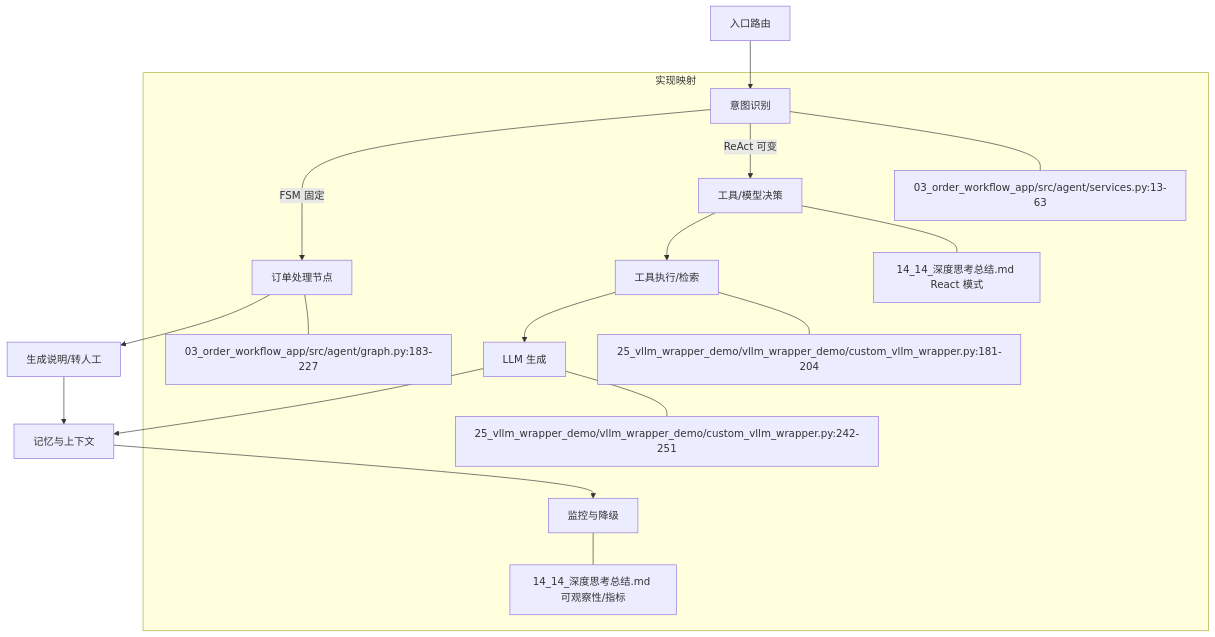
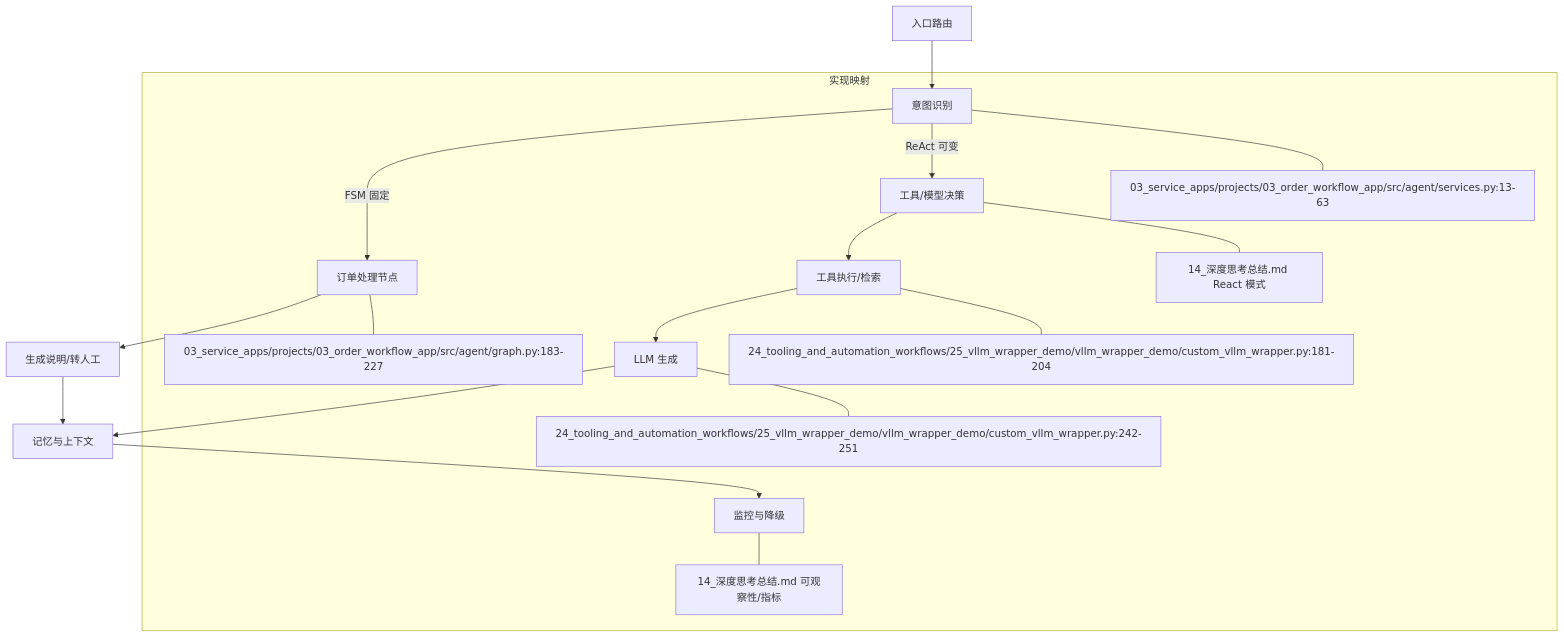
One commit to stormJun/ai-training changed the first of 3 diagrams in 06_langgraph_basics/02_workflows/tutorials/01_workflow_foundations/14_深度思考总结.md. Above: the diagram before and after it, drawn with Mermaid. The commit also changed other lines of this file and 337 other files, not shown here.

````diff
--- a/06_langgraph_basics/02_workflows/tutorials/01_workflow_foundations/14_深度思考总结.md
+++ b/06_langgraph_basics/02_workflows/tutorials/01_workflow_foundations/14_深度思考总结.md
@@ -207,27 +218,27 @@
 ```mermaid
 graph TD
   A[入口路由] --> B[意图识别]
   B -->|FSM 固定| C[订单处理节点]
   B -->|ReAct 可变| D[工具/模型决策]
   C --> E[生成说明/转人工]
   D --> F[工具执行/检索]
   F --> G[LLM 生成]
   E --> H[记忆与上下文]
   G --> H
   H --> I[监控与降级]
 
   subgraph 实现映射
-    B1["03_order_workflow_app/src/agent/services.py:13-63"]
-    C1["03_order_workflow_app/src/agent/graph.py:183-227"]
-    D1["14_14_深度思考总结.md React 模式"]
-    F1["25_vllm_wrapper_demo/vllm_wrapper_demo/custom_vllm_wrapper.py:181-204"]
-    G1["25_vllm_wrapper_demo/vllm_wrapper_demo/custom_vllm_wrapper.py:242-251"]
-    I1["14_14_深度思考总结.md 可观察性/指标"]
+    B1["03_service_apps/projects/03_order_workflow_app/src/agent/services.py:13-63"]
+    C1["03_service_apps/projects/03_order_workflow_app/src/agent/graph.py:183-227"]
+    D1["14_深度思考总结.md React 模式"]
+    F1["24_tooling_and_automation_workflows/25_vllm_wrapper_demo/vllm_wrapper_demo/custom_vllm_wrapper.py:181-204"]
+    G1["24_tooling_and_automation_workflows/25_vllm_wrapper_demo/vllm_wrapper_demo/custom_vllm_wrapper.py:242-251"]
+    I1["14_深度思考总结.md 可观察性/指标"]
     B --- B1
     C --- C1
     D --- D1
     F --- F1
     G --- G1
     I --- I1
   end
 ```
````
